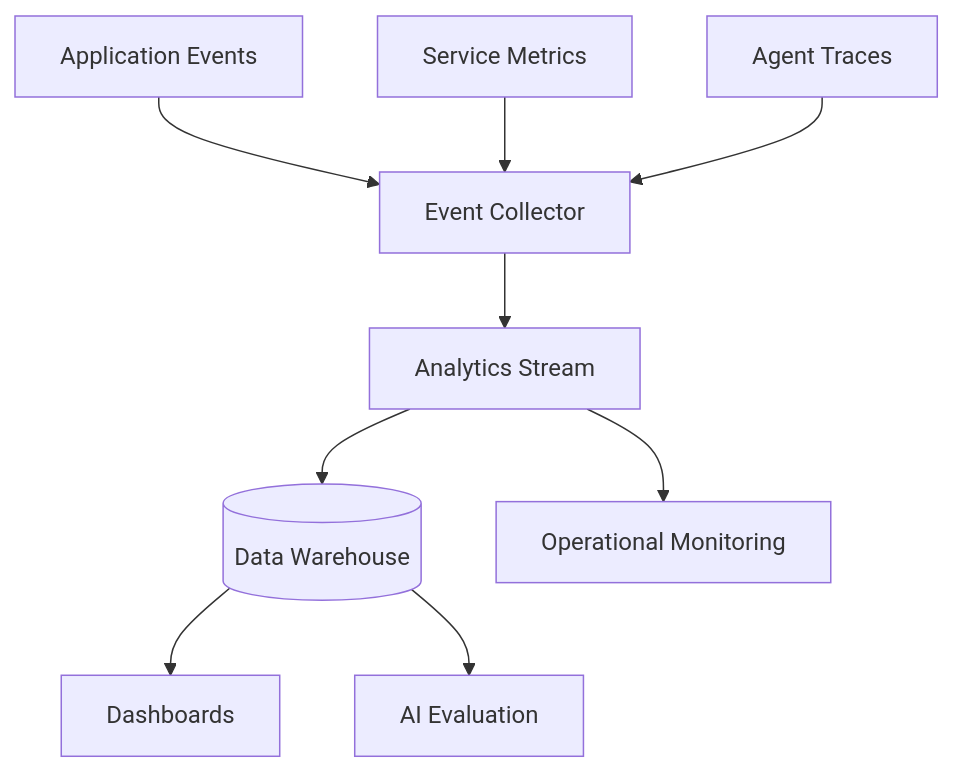
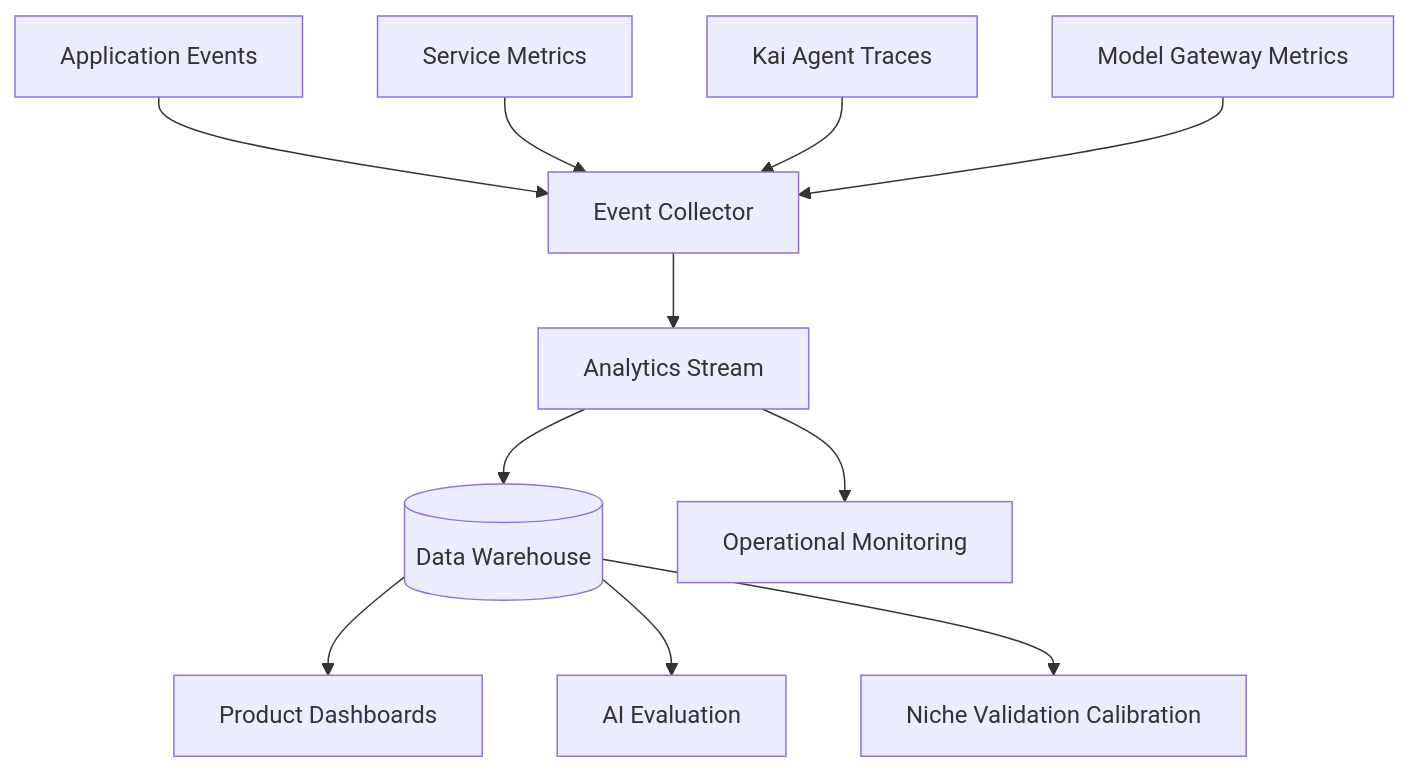
Before and after one commit to Mirzzie/Fadi: the diagram in docs/ANALYTICS_AND_TELEMETRY.md, drawn with Mermaid. The commit also changed other lines of this file and 65 other files, not shown here.

First line of the commit message:
docs: update architecture docs for Better Auth, Kai, and data sources

````diff
--- a/docs/ANALYTICS_AND_TELEMETRY.md
+++ b/docs/ANALYTICS_AND_TELEMETRY.md
@@ -19,11 +20,13 @@
 ```mermaid
 flowchart TD
     App[Application Events] --> Collector[Event Collector]
     Services[Service Metrics] --> Collector
-    Agent[Agent Traces] --> Collector
+    Agent[Kai Agent Traces] --> Collector
+    Gateway[Model Gateway Metrics] --> Collector
     Collector --> Stream[Analytics Stream]
     Stream --> Warehouse[(Data Warehouse)]
     Stream --> Monitoring[Operational Monitoring]
-    Warehouse --> Dashboards[Dashboards]
+    Warehouse --> Dashboards[Product Dashboards]
     Warehouse --> Evaluation[AI Evaluation]
+    Warehouse --> NicheCalibration[Niche Validation Calibration]
 ```
````
